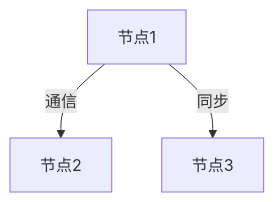
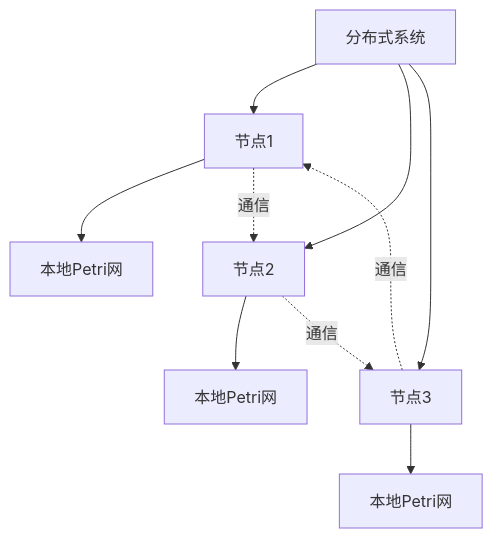
One commit to AdaMartin18010/Lean changed the first of 4 diagrams in analysis/1-形式化理论/1.4-Petri网与分布式系统/1.4.2-分布式系统的Petri网表达.md. Above: the diagram before and after it, drawn with Mermaid. The commit also changed other lines of this file and 23 other files, not shown here.

````diff
--- a/analysis/1-形式化理论/1.4-Petri网与分布式系统/1.4.2-分布式系统的Petri网表达.md
+++ b/analysis/1-形式化理论/1.4-Petri网与分布式系统/1.4.2-分布式系统的Petri网表达.md
@@ -44,5 +154,12 @@
 ```mermaid
 graph TD
-  N1[节点1] -->|通信| N2[节点2]
-  N1 -->|同步| N3[节点3]
+    A[分布式系统] --> B[节点1]
+    A --> C[节点2]
+    A --> D[节点3]
+    B --> E[本地Petri网]
+    C --> F[本地Petri网]
+    D --> G[本地Petri网]
+    B -.->|通信| C
+    C -.->|通信| D
+    D -.->|通信| B
 ```
````
